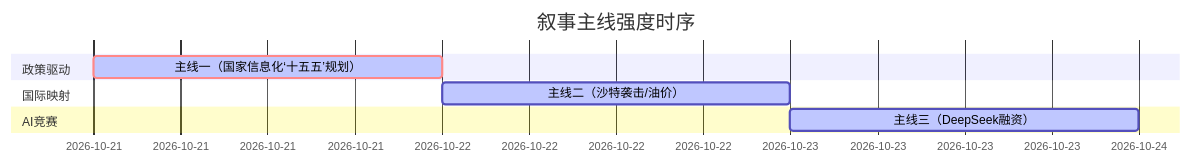
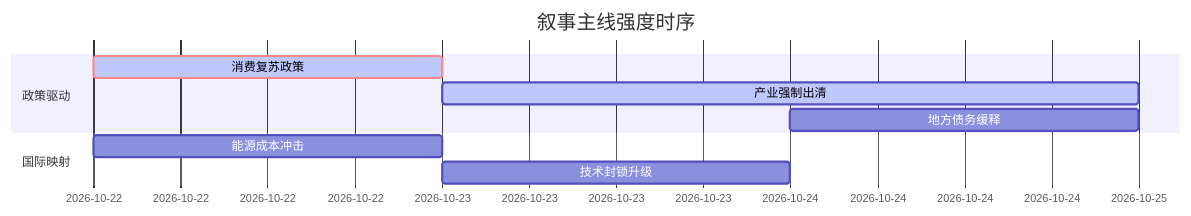
Before and after one commit to uu5zn/uu5zn.github.io: the diagram in 5day_report.md, drawn with Mermaid. The commit also changed other lines of this file and 3 other files, not shown here.

````diff
--- a/5day_report.md
+++ b/5day_report.md
@@ -53,11 +47,13 @@
 ```mermaid
 gantt
     title 叙事主线强度时序
     dateFormat  YYYY-MM-DD
     section 政策驱动
-    主线一（国家信息化‘十五五’规划） :crit, active, 2026-10-21, 1d
+    消费复苏政策   :crit, active, 2026-10-22, 1d
+    产业强制出清   :active, 2026-10-23, 2d
+    地方债务缓释   :2026-10-24, 1d
+    
     section 国际映射
-    主线二（沙特袭击/油价） :active, 2026-10-22, 1d
-    section AI竞赛
-    主线三（DeepSeek融资） :active, 2026-10-23, 1d
+    能源成本冲击   :2026-10-22, 1d
+    技术封锁升级   :2026-10-23, 1d
 ```
````
